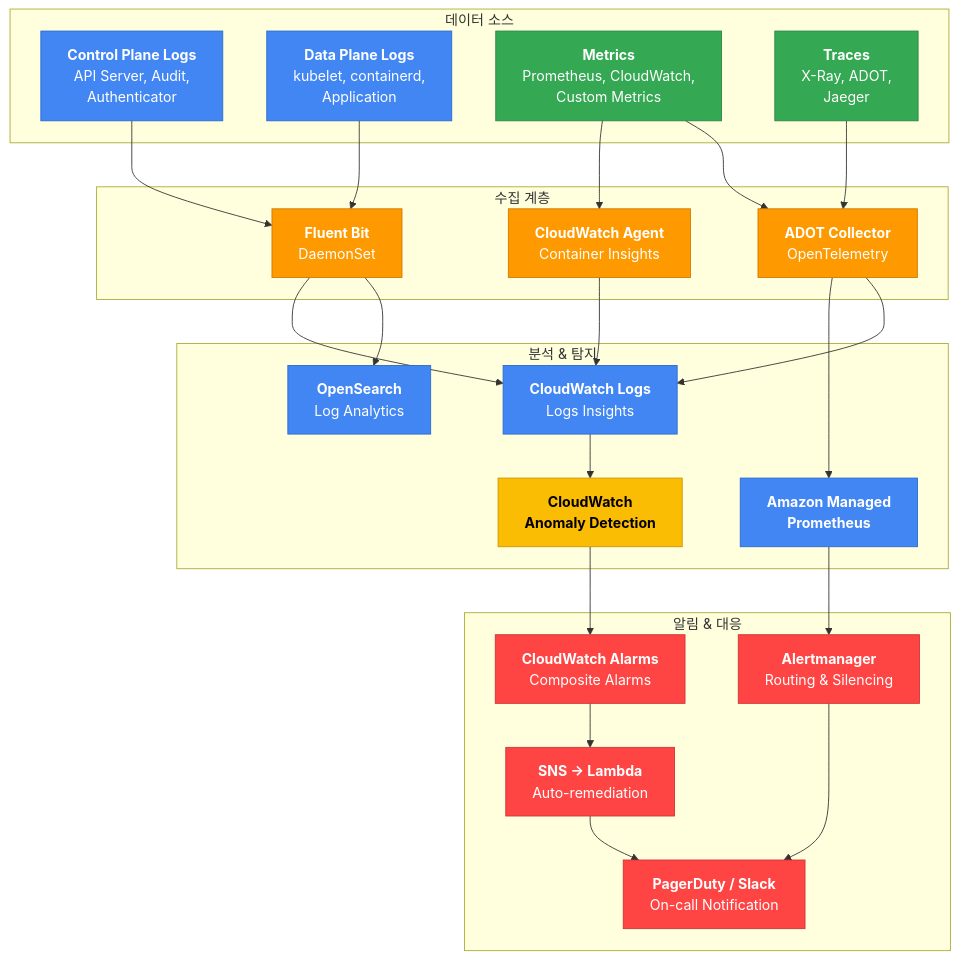
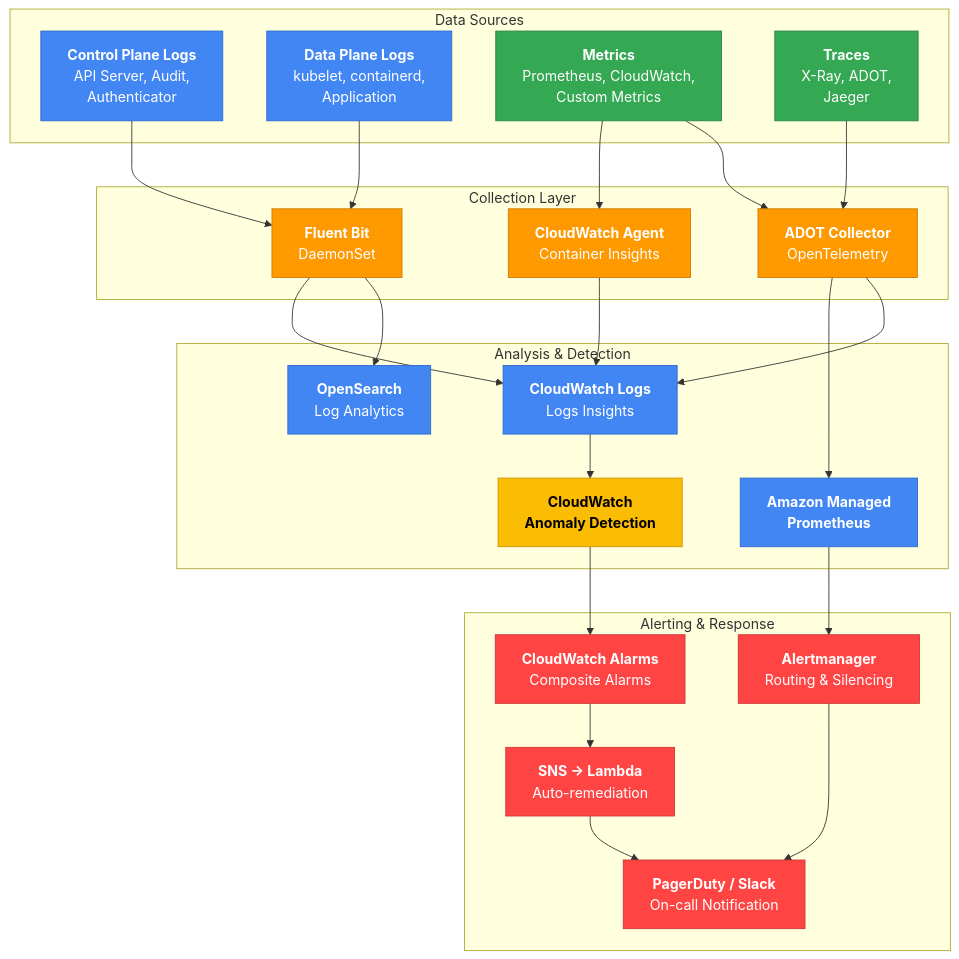
One commit to devfloor9/engineering-playbook changed the second of 2 diagrams in docs/eks-best-practices/operations-reliability/eks-debugging/observability.md. Above: the diagram before and after it, drawn with Mermaid. The commit also changed other lines of this file and 954 other files, not shown here.

````diff
--- a/docs/eks-best-practices/operations-reliability/eks-debugging/observability.md
+++ b/docs/eks-best-practices/operations-reliability/eks-debugging/observability.md
@@ -278,81 +278,81 @@
 ```mermaid
 flowchart TB
-    subgraph Sources["데이터 소스"]
+    subgraph Sources["Data Sources"]
         CP["`**Control Plane Logs**
         API Server, Audit,
         Authenticator`"]
         DP["`**Data Plane Logs**
         kubelet, containerd,
         Application`"]
         MT["`**Metrics**
         Prometheus, CloudWatch,
         Custom Metrics`"]
         TR["`**Traces**
         X-Ray, ADOT,
         Jaeger`"]
     end
 
-    subgraph Collection["수집 계층"]
+    subgraph Collection["Collection Layer"]
         FB["`**Fluent Bit**
         DaemonSet`"]
         CWA["`**CloudWatch Agent**
         Container Insights`"]
         ADOT["`**ADOT Collector**
         OpenTelemetry`"]
     end
 
-    subgraph Analysis["분석 & 탐지"]
+    subgraph Analysis["Analysis & Detection"]
         CWL["`**CloudWatch Logs**
         Logs Insights`"]
         AMP["`**Amazon Managed
         Prometheus**`"]
         OS["`**OpenSearch**
         Log Analytics`"]
         CWAD["`**CloudWatch
         Anomaly Detection**`"]
     end
 
-    subgraph Alert["알림 & 대응"]
+    subgraph Alert["Alerting & Response"]
         CWA2["`**CloudWatch Alarms**
         Composite Alarms`"]
         AM["`**Alertmanager**
         Routing & Silencing`"]
         SNS["`**SNS → Lambda**
         Auto-remediation`"]
         PD["`**PagerDuty / Slack**
         On-call Notification`"]
     end
 
     CP --> FB
     DP --> FB
     MT --> CWA
     MT --> ADOT
     TR --> ADOT
     FB --> CWL
     FB --> OS
     CWA --> CWL
     ADOT --> AMP
     ADOT --> CWL
     CWL --> CWAD
     AMP --> AM
     CWAD --> CWA2
     CWA2 --> SNS
     AM --> PD
     SNS --> PD
 
     style CP fill:#4286f4,stroke:#2a6acf,color:#fff
     style DP fill:#4286f4,stroke:#2a6acf,color:#fff
     style MT fill:#34a853,stroke:#2a8642,color:#fff
     style TR fill:#34a853,stroke:#2a8642,color:#fff
     style FB fill:#ff9900,stroke:#cc7a00,color:#fff
     style CWA fill:#ff9900,stroke:#cc7a00,color:#fff
     style ADOT fill:#ff9900,stroke:#cc7a00,color:#fff
     style CWL fill:#4286f4,stroke:#2a6acf,color:#fff
     style AMP fill:#4286f4,stroke:#2a6acf,color:#fff
     style OS fill:#4286f4,stroke:#2a6acf,color:#fff
     style CWAD fill:#fbbc04,stroke:#c99603,color:#000
     style CWA2 fill:#ff4444,stroke:#cc3636,color:#fff
     style AM fill:#ff4444,stroke:#cc3636,color:#fff
     style SNS fill:#ff4444,stroke:#cc3636,color:#fff
     style PD fill:#ff4444,stroke:#cc3636,color:#fff
 ```
````
